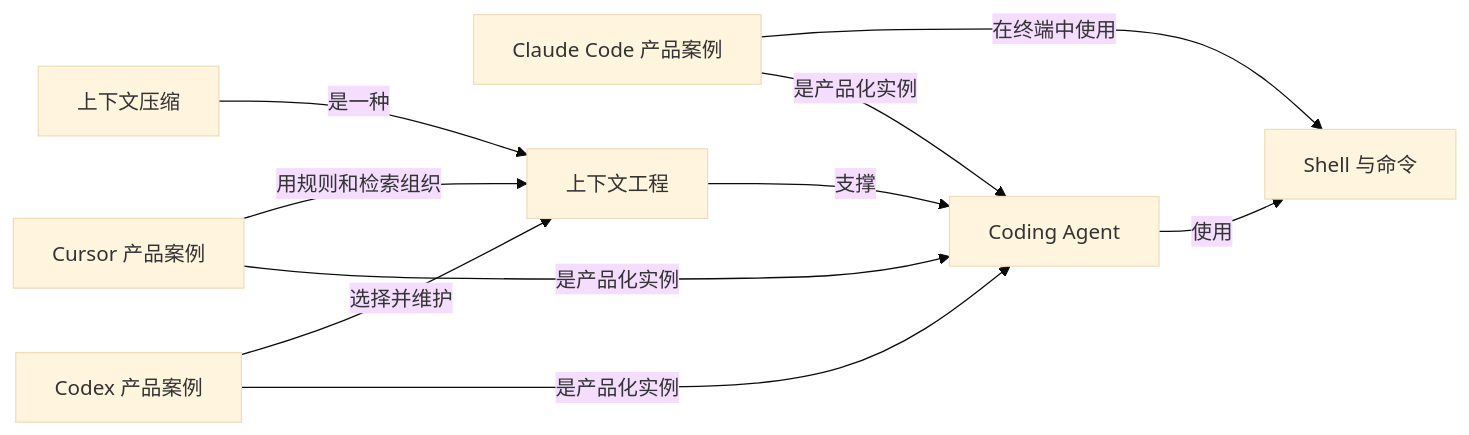
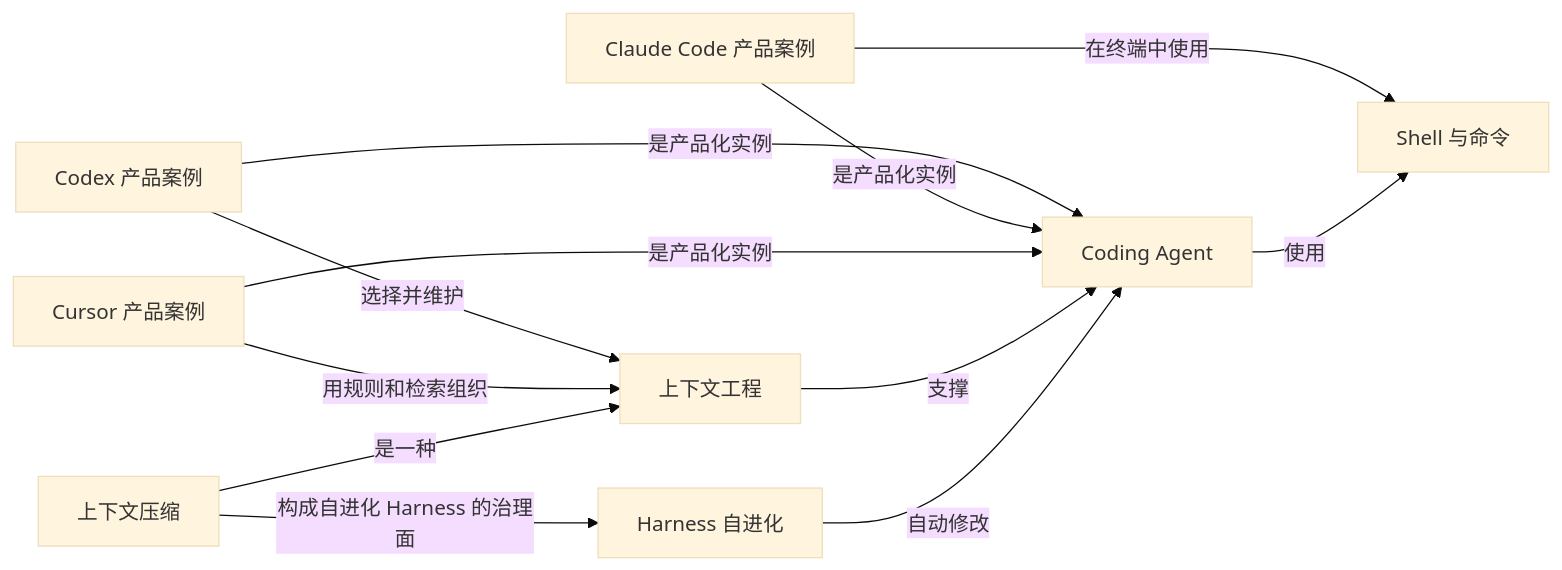
One commit to z-Zihan/LLM-101 changed the seventh of 10 diagrams in 知识网络.md. Above: the diagram before and after it, drawn with Mermaid (base theme). The commit also changed other lines of this file and 5 other files, not shown here.

First line of the commit message:
docs(agent): add harness self-evolution section on recursive harnessing (#6)

````diff
--- a/知识网络.md
+++ b/知识网络.md
@@ -409,19 +410,22 @@
 ```mermaid
 flowchart LR
+    n_harness_self_evolution["Harness 自进化"]
     n_coding_agent["Coding Agent"]
     n_codex_product["Codex 产品案例"]
     n_claude_code_product["Claude Code 产品案例"]
     n_cursor_product["Cursor 产品案例"]
     n_context_engineering["上下文工程"]
     n_context_compaction["上下文压缩"]
     n_shell["Shell 与命令"]
     n_codex_product -->|"是产品化实例"| n_coding_agent
     n_codex_product -->|"选择并维护"| n_context_engineering
     n_claude_code_product -->|"是产品化实例"| n_coding_agent
     n_claude_code_product -->|"在终端中使用"| n_shell
     n_cursor_product -->|"是产品化实例"| n_coding_agent
     n_cursor_product -->|"用规则和检索组织"| n_context_engineering
     n_coding_agent -->|"使用"| n_shell
     n_context_engineering -->|"支撑"| n_coding_agent
     n_context_compaction -->|"是一种"| n_context_engineering
+    n_harness_self_evolution -->|"自动修改"| n_coding_agent
+    n_context_compaction -->|"构成自进化 Harness 的治理面"| n_harness_self_evolution
 ```
````
